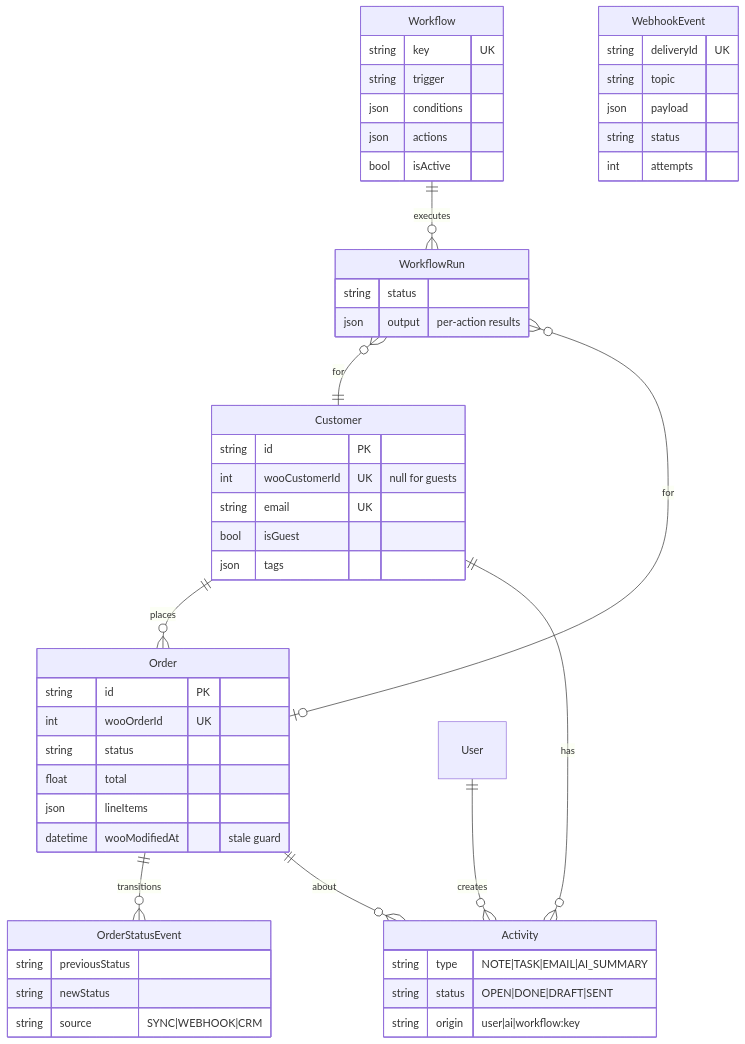
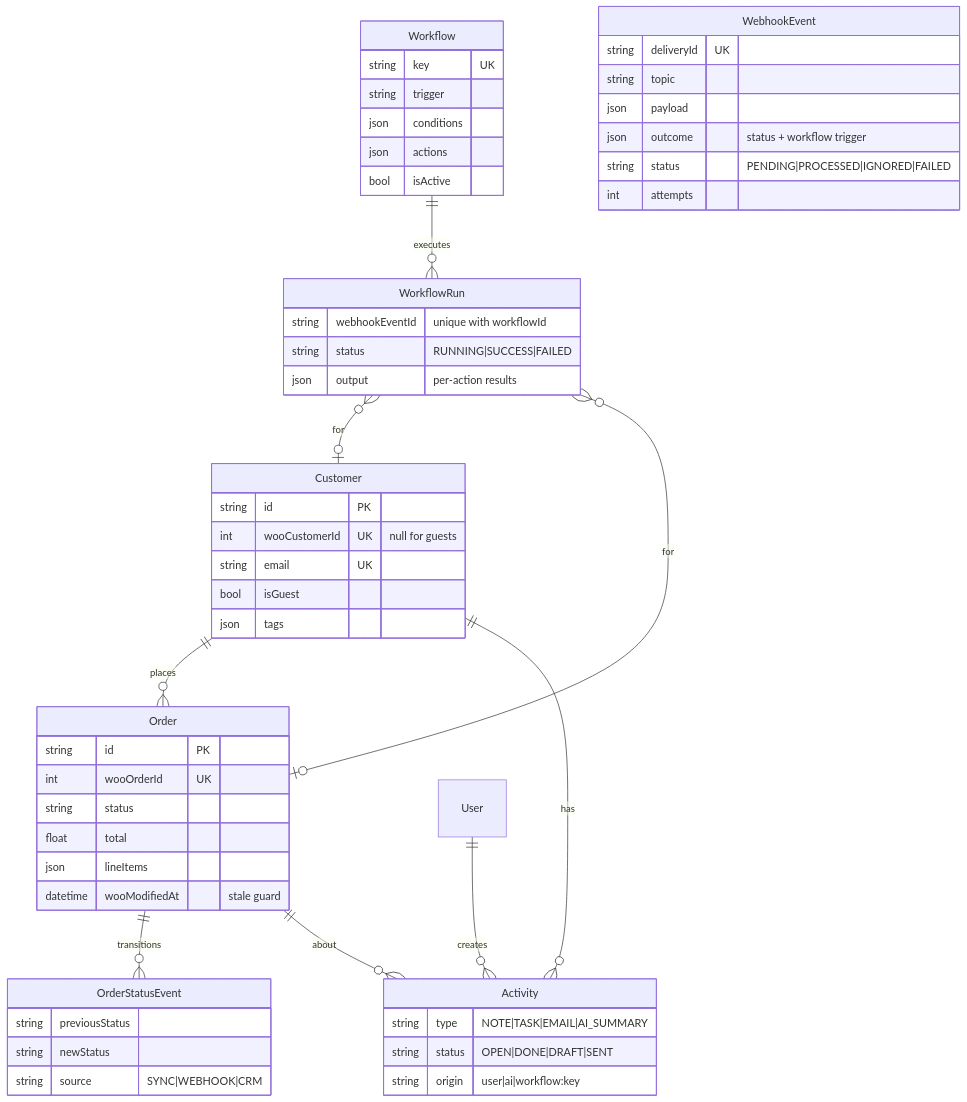
The second of 2 diagrams in docs/architecture.md (prathamnaik24/kilowott-hackathon), drawn with Mermaid before and after one commit. The commit also changed other lines of this file and 2 other files, not shown here.

Commit message:
docs: bring architecture.md in line with the Redis/BullMQ implementation (AUD-023)

````diff
--- a/docs/architecture.md
+++ b/docs/architecture.md
@@ -56,55 +91,57 @@
 ```mermaid
 erDiagram
   Customer ||--o{ Order : places
   Customer ||--o{ Activity : has
   Order ||--o{ OrderStatusEvent : transitions
   Order ||--o{ Activity : about
   Workflow ||--o{ WorkflowRun : executes
-  WorkflowRun }o--|| Customer : for
+  WorkflowRun }o--o| Customer : for
   WorkflowRun }o--o| Order : for
   User ||--o{ Activity : creates
 
   Customer {
     string id PK
     int wooCustomerId UK "null for guests"
     string email UK
     bool isGuest
     json tags
   }
   Order {
     string id PK
     int wooOrderId UK
     string status
     float total
     json lineItems
     datetime wooModifiedAt "stale guard"
   }
   OrderStatusEvent {
     string previousStatus
     string newStatus
     string source "SYNC|WEBHOOK|CRM"
   }
   Activity {
     string type "NOTE|TASK|EMAIL|AI_SUMMARY"
     string status "OPEN|DONE|DRAFT|SENT"
     string origin "user|ai|workflow:key"
   }
   Workflow {
     string key UK
     string trigger
     json conditions
     json actions
     bool isActive
   }
   WorkflowRun {
-    string status
+    string webhookEventId "unique with workflowId"
+    string status "RUNNING|SUCCESS|FAILED"
     json output "per-action results"
   }
   WebhookEvent {
     string deliveryId UK
     string topic
     json payload
-    string status
+    json outcome "status + workflow trigger"
+    string status "PENDING|PROCESSED|IGNORED|FAILED"
     int attempts
   }
 ```
````
